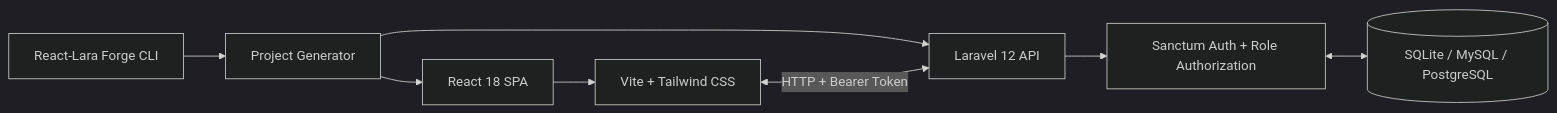
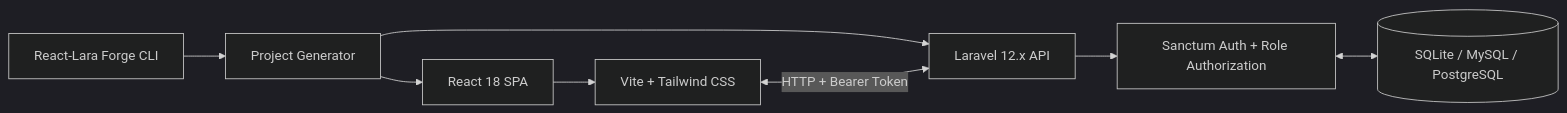
The diagram in README.id.md (Bagaas-ind/DevStack-CLI), drawn with Mermaid (dark theme) before and after one commit. The commit also changed other lines of this file and 8 other files, not shown here.

````diff
--- a/README.id.md
+++ b/README.id.md
@@ -70,10 +70,10 @@
 ```mermaid
 flowchart LR
     A["React-Lara Forge CLI"] --> B["Project Generator"]
-    B --> C["Laravel 12 API"]
+    B --> C["Laravel 12.x API"]
     B --> D["React 18 SPA"]
     C --> E["Sanctum Auth + Role Authorization"]
     D --> F["Vite + Tailwind CSS"]
     E <--> G[("SQLite / MySQL / PostgreSQL")]
     F <-->|"HTTP + Bearer Token"| C
 ```
````
